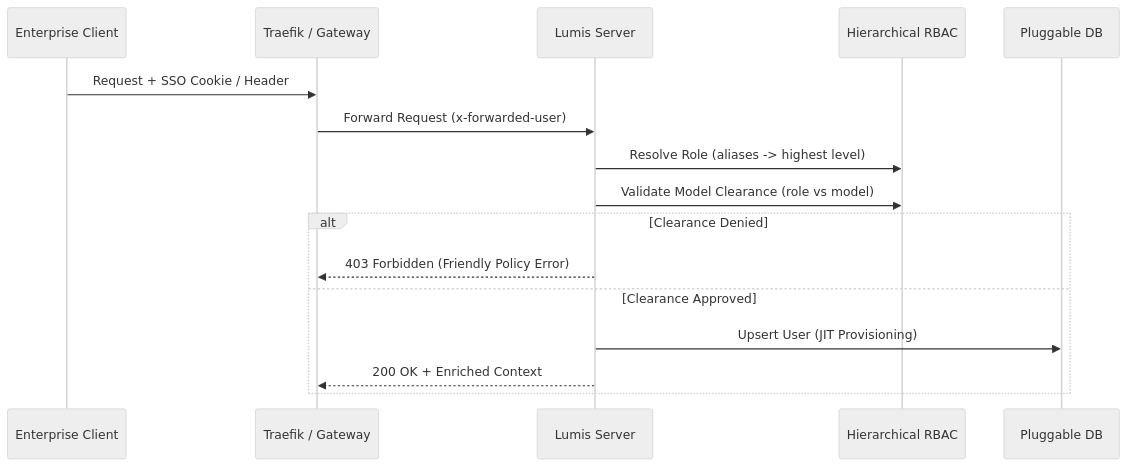
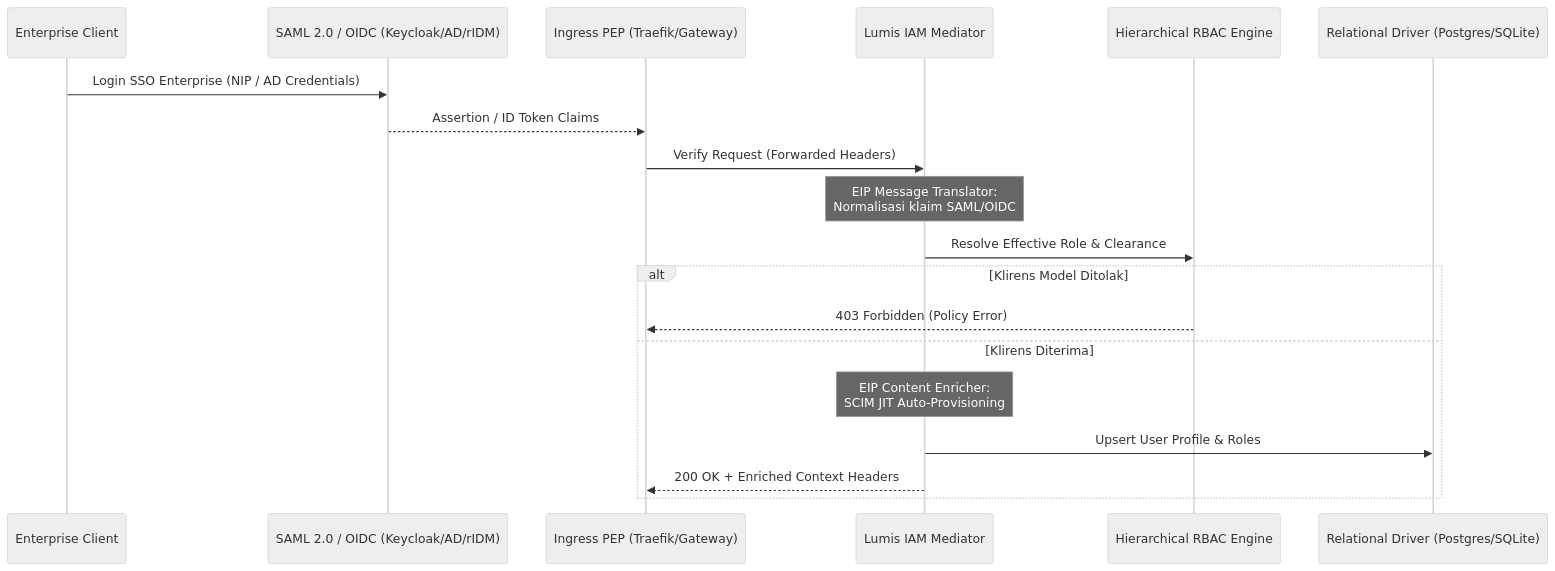
Before and after one commit to ihkaru/lumis: the diagram in docs/roadmap/01_PHASE_1_IDENTITY_FEDERATION_AND_RBAC.md, drawn with Mermaid (neutral theme). The commit also changed other lines of this file and 30 other files, not shown here.

Commit message:
feat(phase-1-2): implement Hybrid IAM RBAC & Relational Driver Pattern with full test gauntlet

````diff
--- a/docs/roadmap/01_PHASE_1_IDENTITY_FEDERATION_AND_RBAC.md
+++ b/docs/roadmap/01_PHASE_1_IDENTITY_FEDERATION_AND_RBAC.md
@@ -33,19 +38,22 @@
 ```mermaid
 sequenceDiagram
     participant User as Enterprise Client
-    participant Ingress as Traefik / Gateway
-    participant Lumis as Lumis Server
-    participant RBAC as Hierarchical RBAC
-    participant DB as Pluggable DB
+    participant IdP as SAML 2.0 / OIDC (Keycloak/AD/rIDM)
+    participant PEP as Ingress PEP (Traefik/Gateway)
+    participant JIT as Lumis IAM Mediator
+    participant RBAC as Hierarchical RBAC Engine
+    participant DB as Relational Driver (Postgres/SQLite)
 
-    User->>Ingress: Request + SSO Cookie / Header
-    Ingress->>Lumis: Forward Request (x-forwarded-user)
-    Lumis->>RBAC: Resolve Role (aliases -> highest level)
-    Lumis->>RBAC: Validate Model Clearance (role vs model)
-    alt Clearance Denied
-        Lumis-->>Ingress: 403 Forbidden (Friendly Policy Error)
-    else Clearance Approved
-        Lumis->>DB: Upsert User (JIT Provisioning)
-        Lumis-->>Ingress: 200 OK + Enriched Context
+    User->>IdP: Login SSO Enterprise (NIP / AD Credentials)
+    IdP-->>PEP: Assertion / ID Token Claims
+    PEP->>JIT: Verify Request (Forwarded Headers)
+    Note over JIT: EIP Message Translator:<br/>Normalisasi klaim SAML/OIDC
+    JIT->>RBAC: Resolve Effective Role & Clearance
+    alt Klirens Model Ditolak
+        RBAC-->>PEP: 403 Forbidden (Policy Error)
+    else Klirens Diterima
+        Note over JIT: EIP Content Enricher:<br/>SCIM JIT Auto-Provisioning
+        JIT->>DB: Upsert User Profile & Roles
+        JIT-->>PEP: 200 OK + Enriched Context Headers
     end
 ```
````
